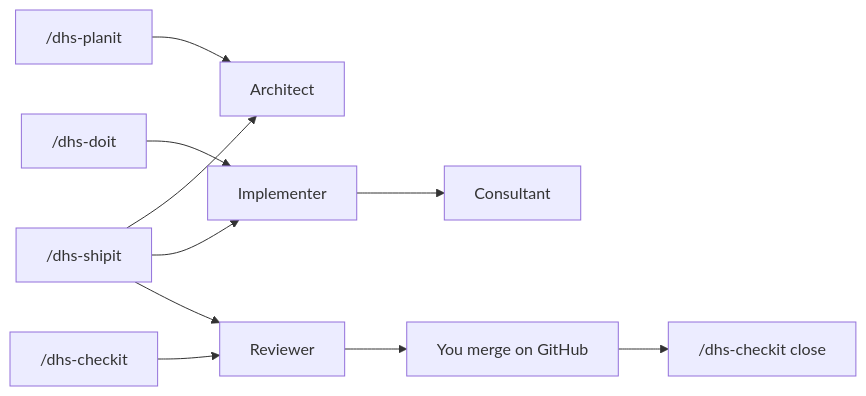
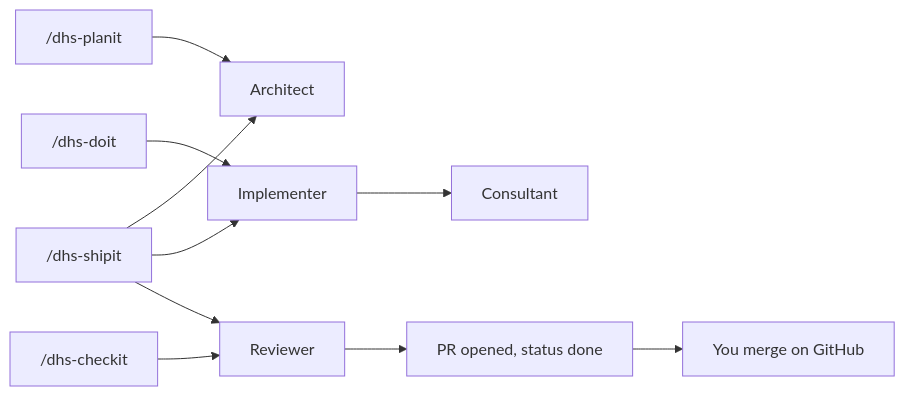
Before and after one commit to meehow-halas/se-harness: the first of 3 diagrams in README.md, drawn with Mermaid. The commit also changed other lines of this file and 29 other files, not shown here.

First line of the commit message:
dhs: session fan-out, status flow, start-task from origin base

````diff
--- a/README.md
+++ b/README.md
@@ -114,12 +114,12 @@
 ```mermaid
 flowchart LR
   planit["/dhs-planit"] --> architect[Architect]
   doit["/dhs-doit"] --> implementer[Implementer]
   implementer --> consultant[Consultant]
   checkit["/dhs-checkit"] --> reviewer[Reviewer]
   shipit["/dhs-shipit"] --> architect
   shipit --> implementer
   shipit --> reviewer
-  reviewer --> humanMerge[You merge on GitHub]
-  humanMerge --> close["/dhs-checkit close"]
+  reviewer --> prDone["PR opened, status done"]
+  prDone --> humanMerge[You merge on GitHub]
 ```
````
